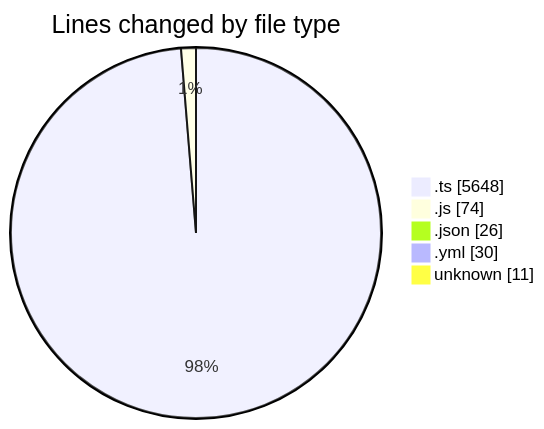
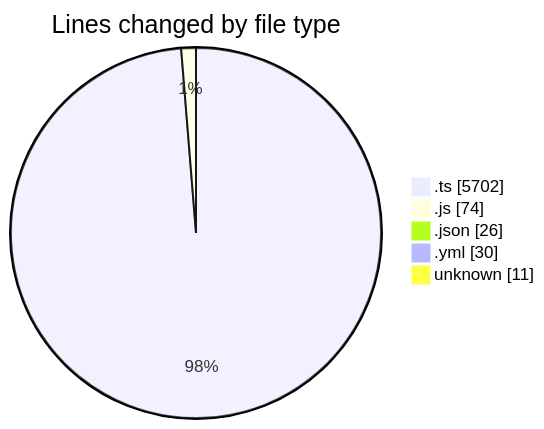
One commit to tmsrecording-cyber/code-tracking changed the first of 2 diagrams in 2026-02-07/singularitybrainai/README.md. Above: the diagram before and after it, drawn with Mermaid. The commit also changed other lines of this file and 1 other file, not shown here.

````diff
--- a/2026-02-07/singularitybrainai/README.md
+++ b/2026-02-07/singularitybrainai/README.md
@@ -37,9 +37,9 @@
 ```mermaid
 pie showData
 title Lines changed by file type
-".ts" : 5648
+".ts" : 5702
 ".js" : 74
 ".json" : 26
 ".yml" : 30
 "unknown" : 11
 ```
````
